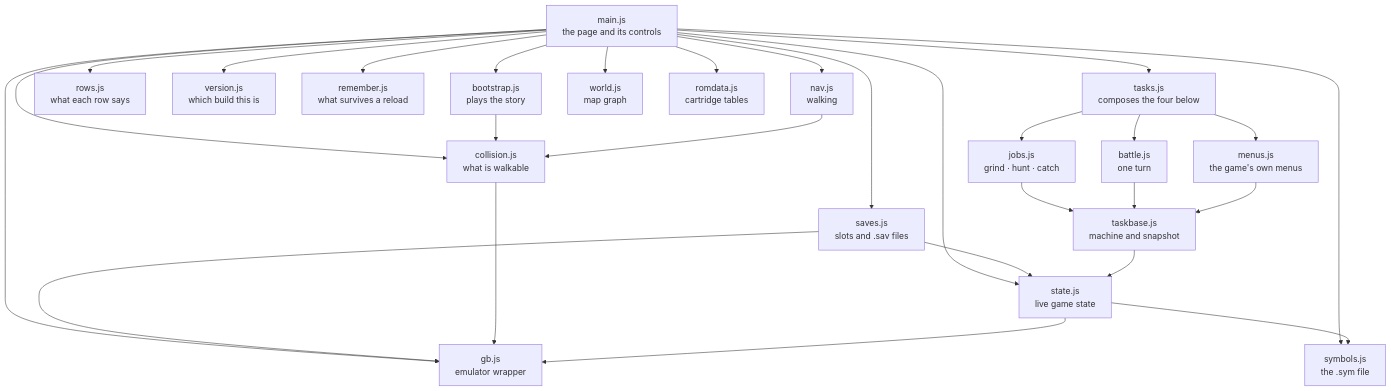
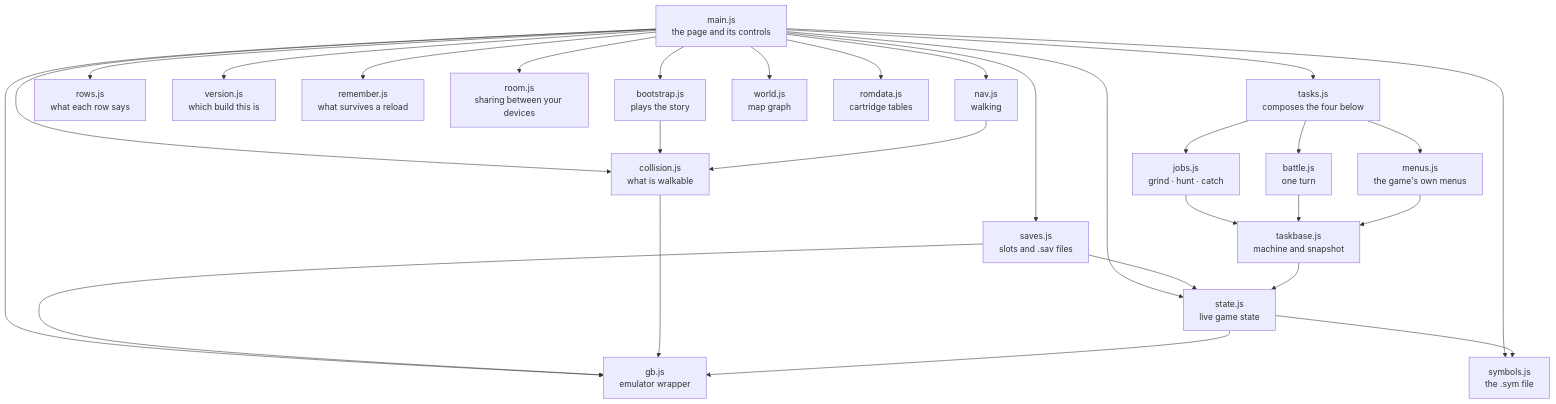
The second of 17 diagrams in docs/CODE.md (minormending/crystal-pilot-mobile), drawn with Mermaid before and after one commit. The commit also changed other lines of this file and 14 other files, not shown here.

````diff
--- a/docs/CODE.md
+++ b/docs/CODE.md
@@ -99,49 +99,51 @@
 ```mermaid
 flowchart TD
     main["main.js<br/>the page and its controls"]
     boot["bootstrap.js<br/>plays the story"]
     tasks["tasks.js<br/>composes the four below"]
     jobs["jobs.js<br/>grind · hunt · catch"]
     btl["battle.js<br/>one turn"]
     menus["menus.js<br/>the game's own menus"]
     tbase["taskbase.js<br/>machine and snapshot"]
     rows["rows.js<br/>what each row says"]
     ver["version.js<br/>which build this is"]
     rem["remember.js<br/>what survives a reload"]
+    room["room.js<br/>sharing between your devices"]
     nav["nav.js<br/>walking"]
     world["world.js<br/>map graph"]
     coll["collision.js<br/>what is walkable"]
     state["state.js<br/>live game state"]
     rom["romdata.js<br/>cartridge tables"]
     sym["symbols.js<br/>the .sym file"]
     saves["saves.js<br/>slots and .sav files"]
     gb["gb.js<br/>emulator wrapper"]
 
     main --> boot
     main --> tasks
     main --> rows
     main --> ver
     main --> rem
+    main --> room
     main --> nav
     main --> world
     main --> coll
     main --> state
     main --> rom
     main --> sym
     main --> gb
     main --> saves
     saves --> gb
     saves --> state
     boot --> coll
     tasks --> jobs
     tasks --> btl
     tasks --> menus
     jobs --> tbase
     btl --> tbase
     menus --> tbase
     tbase --> state
     nav --> coll
     coll --> gb
     state --> gb
     state --> sym
 ```
````
